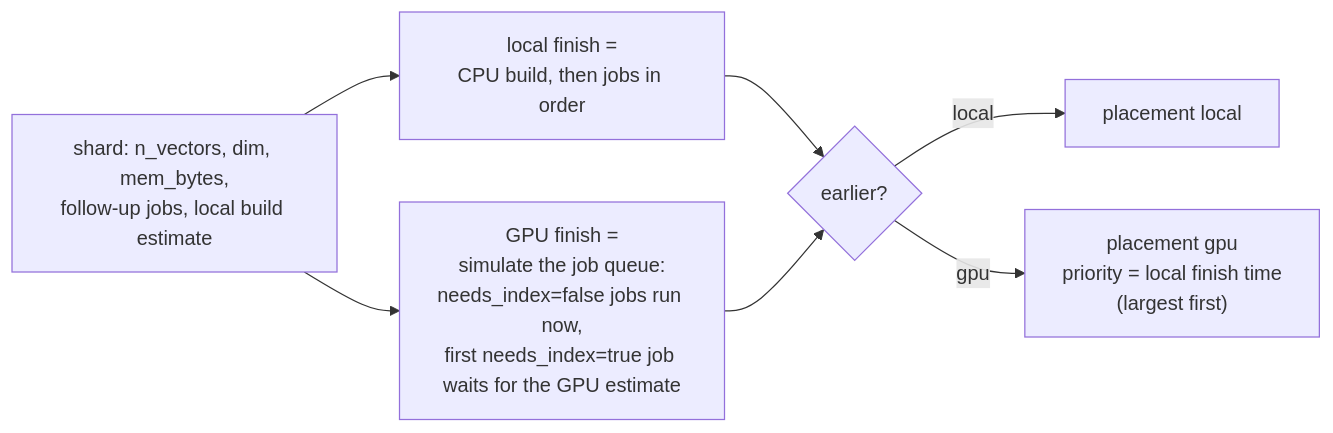
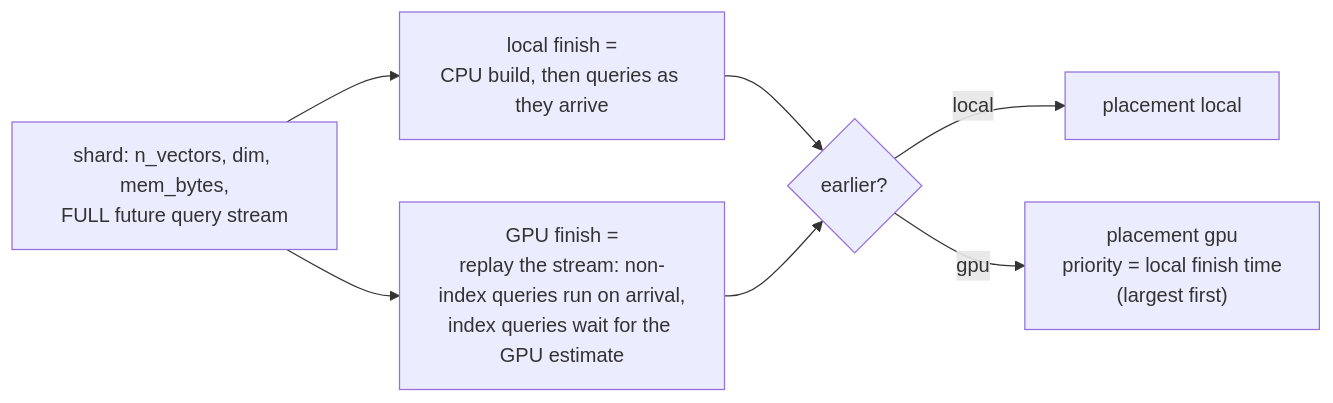
Before and after one commit to arqbca11/KubernetesGPU: the fourth of 5 diagrams in docs/design/phase3-policies.md, drawn with Mermaid. The commit also changed other lines of this file and 13 other files, not shown here.

First line of the commit message:
Model revision: queries arrive as a stream; shards report load; placement can change in flight

````diff
--- a/docs/design/phase3-policies.md
+++ b/docs/design/phase3-policies.md
@@ -54,8 +71,8 @@
 ```mermaid
 flowchart LR
-    IN["shard: n_vectors, dim, mem_bytes,<br/>follow-up jobs, local build estimate"] --> L["local finish =<br/>CPU build, then jobs in order"]
-    IN --> G["GPU finish =<br/>simulate the job queue:<br/>needs_index=false jobs run now,<br/>first needs_index=true job waits for the GPU estimate"]
+    IN["shard: n_vectors, dim, mem_bytes,<br/>FULL future query stream"] --> L["local finish =<br/>CPU build, then queries as they arrive"]
+    IN --> G["GPU finish =<br/>replay the stream: non-index queries run on arrival,<br/>index queries wait for the GPU estimate"]
     L & G --> CMP{"earlier?"}
     CMP -- local --> OUT1["placement local"]
     CMP -- gpu --> OUT2["placement gpu<br/>priority = local finish time<br/>(largest first)"]
 ```
````
